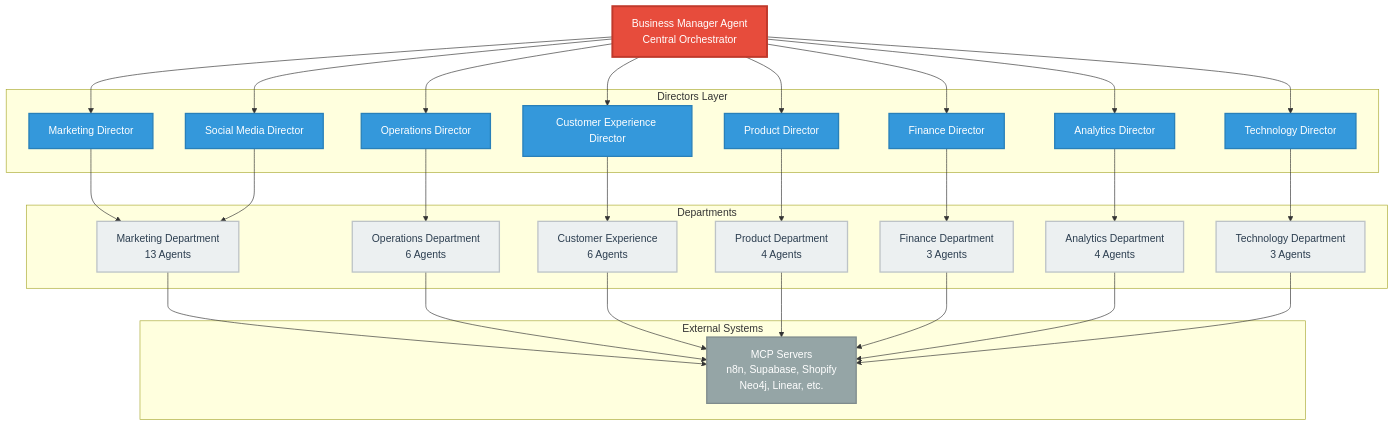
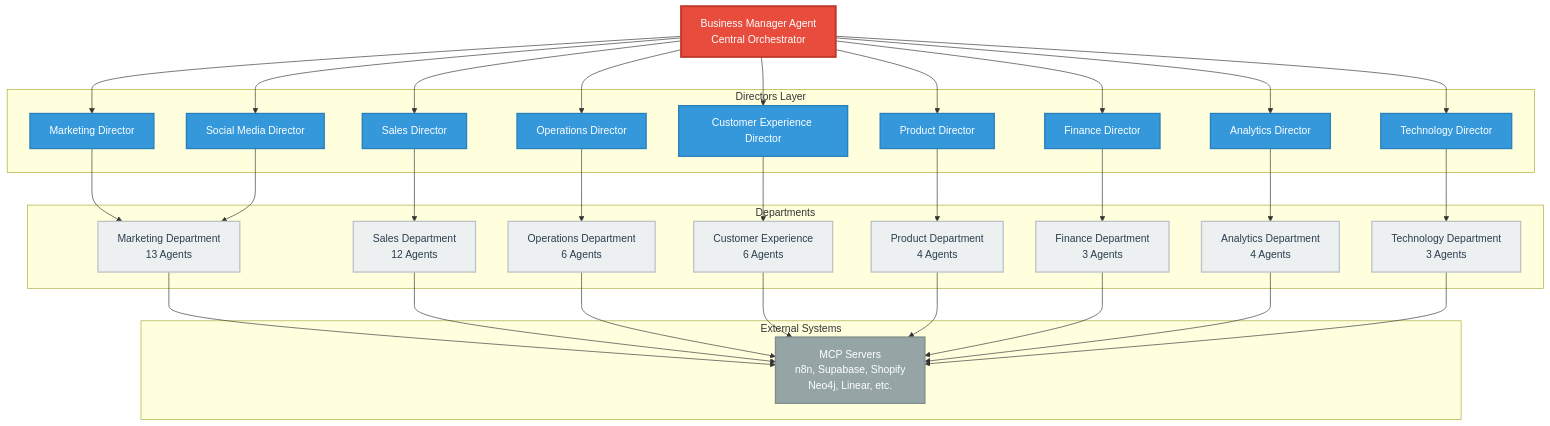
One commit to vividwalls-studio/vivid_mas changed the first of 14 diagrams in docs/VividWalls_MAS_Organizational_Workflow_Structure.md. Above: the diagram before and after it, drawn with Mermaid. The commit also changed other lines of this file and 493 other files, not shown here.

First line of the commit message:
Major project restructuring: clean up deprecated files and consolidate architecture

````diff
--- a/docs/VividWalls_MAS_Organizational_Workflow_Structure.md
+++ b/docs/VividWalls_MAS_Organizational_Workflow_Structure.md
@@ -20,61 +20,66 @@
 ```mermaid
 graph TD
     %% Style definitions
     classDef businessManager fill:#e74c3c,stroke:#c0392b,stroke-width:3px,color:#fff
     classDef director fill:#3498db,stroke:#2980b9,stroke-width:2px,color:#fff
     classDef department fill:#ecf0f1,stroke:#bdc3c7,stroke-width:2px,color:#2c3e50
     classDef external fill:#95a5a6,stroke:#7f8c8d,stroke-width:2px,color:#fff
 
     BM[Business Manager Agent<br/>Central Orchestrator]:::businessManager
     
     subgraph Directors Layer
         MD[Marketing Director]:::director
+        SD[Sales Director]:::director
         OD[Operations Director]:::director
         CED[Customer Experience Director]:::director
         PD[Product Director]:::director
         FD[Finance Director]:::director
         AD[Analytics Director]:::director
         TD[Technology Director]:::director
         SMD[Social Media Director]:::director
     end
     
     subgraph Departments
         MKT[Marketing Department<br/>13 Agents]:::department
+        SLS[Sales Department<br/>12 Agents]:::department
         OPS[Operations Department<br/>6 Agents]:::department
         CEX[Customer Experience<br/>6 Agents]:::department
         PRD[Product Department<br/>4 Agents]:::department
         FIN[Finance Department<br/>3 Agents]:::department
         ANL[Analytics Department<br/>4 Agents]:::department
         TCH[Technology Department<br/>3 Agents]:::department
     end
     
     subgraph External Systems
         EXT[MCP Servers<br/>n8n, Supabase, Shopify<br/>Neo4j, Linear, etc.]:::external
     end
     
     BM --> MD
+    BM --> SD
     BM --> OD
     BM --> CED
     BM --> PD
     BM --> FD
     BM --> AD
     BM --> TD
     BM --> SMD
     
     MD --> MKT
+    SD --> SLS
     OD --> OPS
     CED --> CEX
     PD --> PRD
     FD --> FIN
     AD --> ANL
     TD --> TCH
     SMD --> MKT
     
     MKT --> EXT
+    SLS --> EXT
     OPS --> EXT
     CEX --> EXT
     PRD --> EXT
     FIN --> EXT
     ANL --> EXT
     TCH --> EXT
 ```
````
